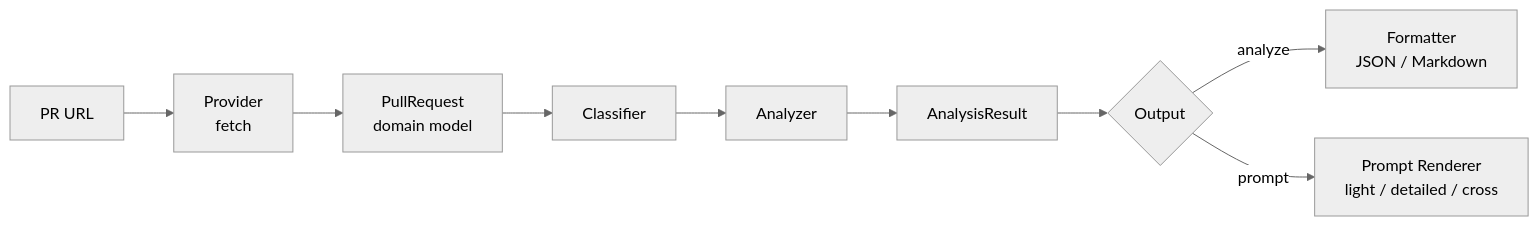
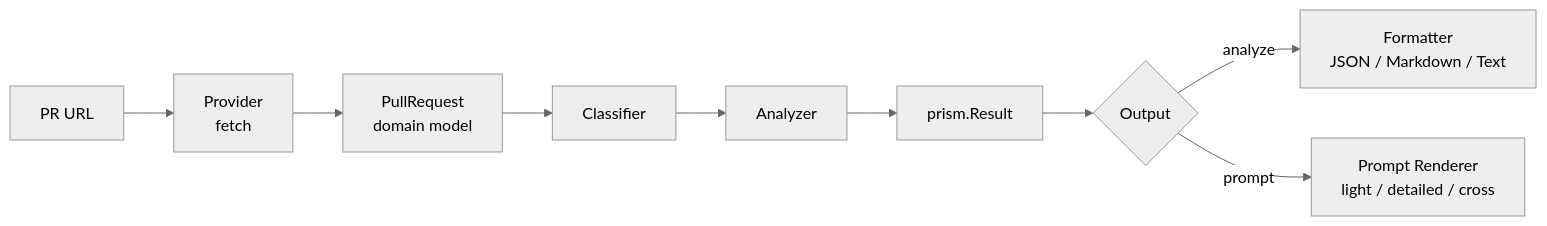
One commit to hidetzu/prism changed the second of 2 diagrams in docs/architecture.md. Above: the diagram before and after it, drawn with Mermaid (neutral theme). The commit also changed other lines of this file and 25 other files, not shown here.

````diff
--- a/docs/architecture.md
+++ b/docs/architecture.md
@@ -52,11 +52,11 @@
 ```mermaid
 flowchart LR
     A[PR URL] --> B[Provider<br/>fetch]
     B --> C[PullRequest<br/>domain model]
     C --> D[Classifier]
     D --> E[Analyzer]
-    E --> F[AnalysisResult]
+    E --> F[prism.Result]
     F --> G{Output}
-    G -->|analyze| H[Formatter<br/>JSON / Markdown]
+    G -->|analyze| H[Formatter<br/>JSON / Markdown / Text]
     G -->|prompt| I[Prompt Renderer<br/>light / detailed / cross]
 ```
````
